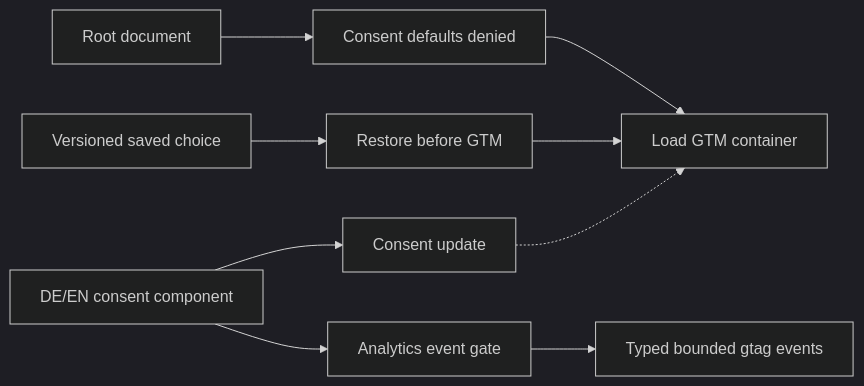
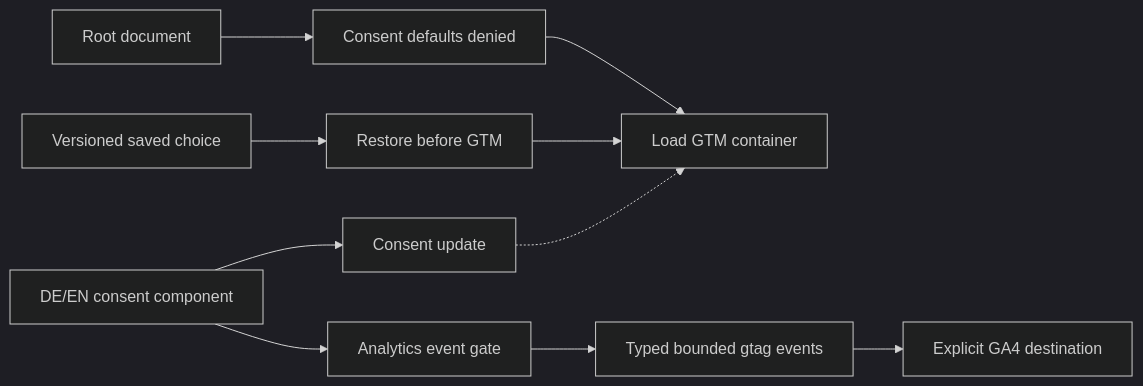
One commit to Liutasil501/bewerbradar-copilot changed the tenth of 11 diagrams in ARCHITECTURE.md. Above: the diagram before and after it, drawn with Mermaid (dark theme). The commit also changed other lines of this file and 3 other files, not shown here.

````diff
--- a/ARCHITECTURE.md
+++ b/ARCHITECTURE.md
@@ -518,11 +518,12 @@
 ```mermaid
 flowchart LR
     Document["Root document"] --> Denied["Consent defaults denied"]
     Denied --> GTM["Load GTM container"]
     Stored["Versioned saved choice"] --> Restore["Restore before GTM"]
     Restore --> GTM
     Choice["DE/EN consent component"] --> Update["Consent update"]
     Update -.-> GTM
     Choice --> Gate["Analytics event gate"]
     Gate --> Events["Typed bounded gtag events"]
+    Events --> Target["Explicit GA4 destination"]
 ```
````
